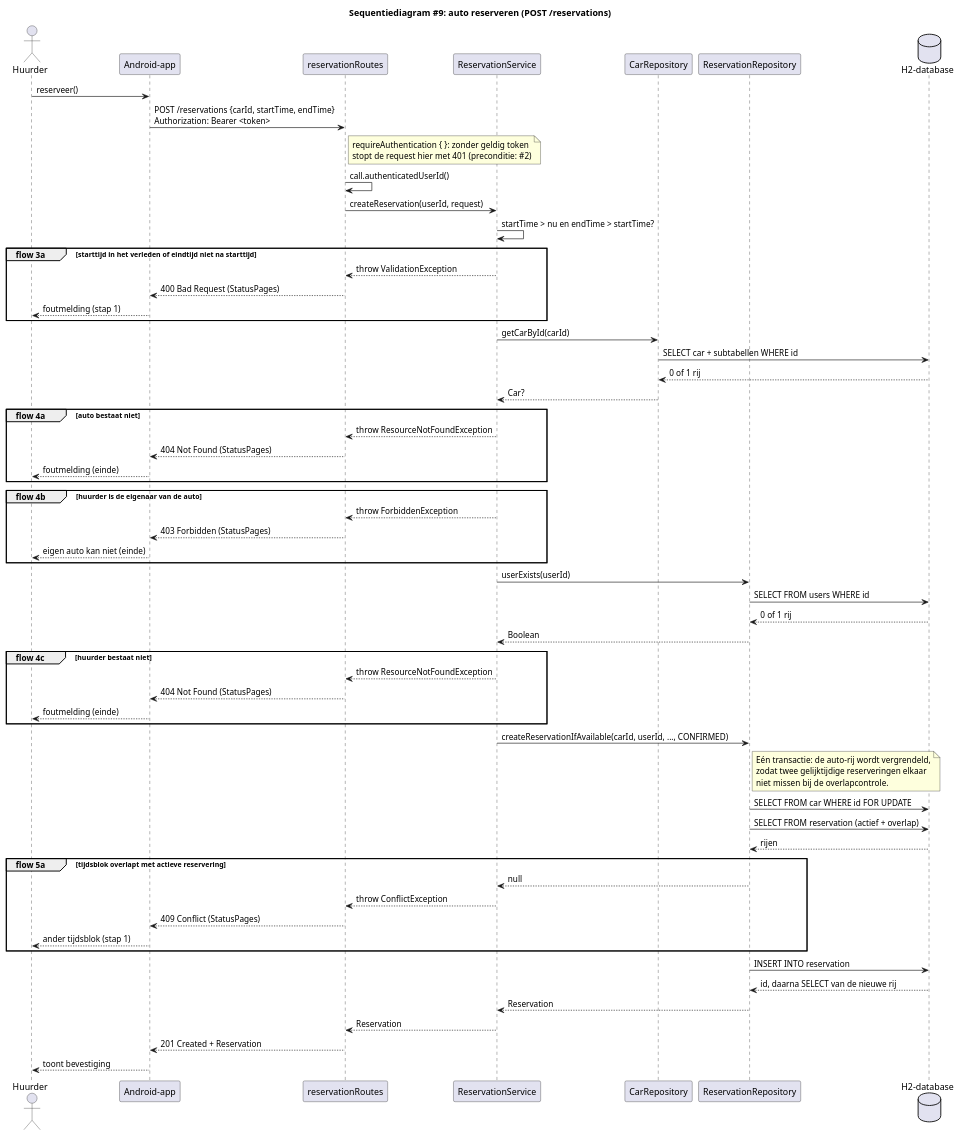
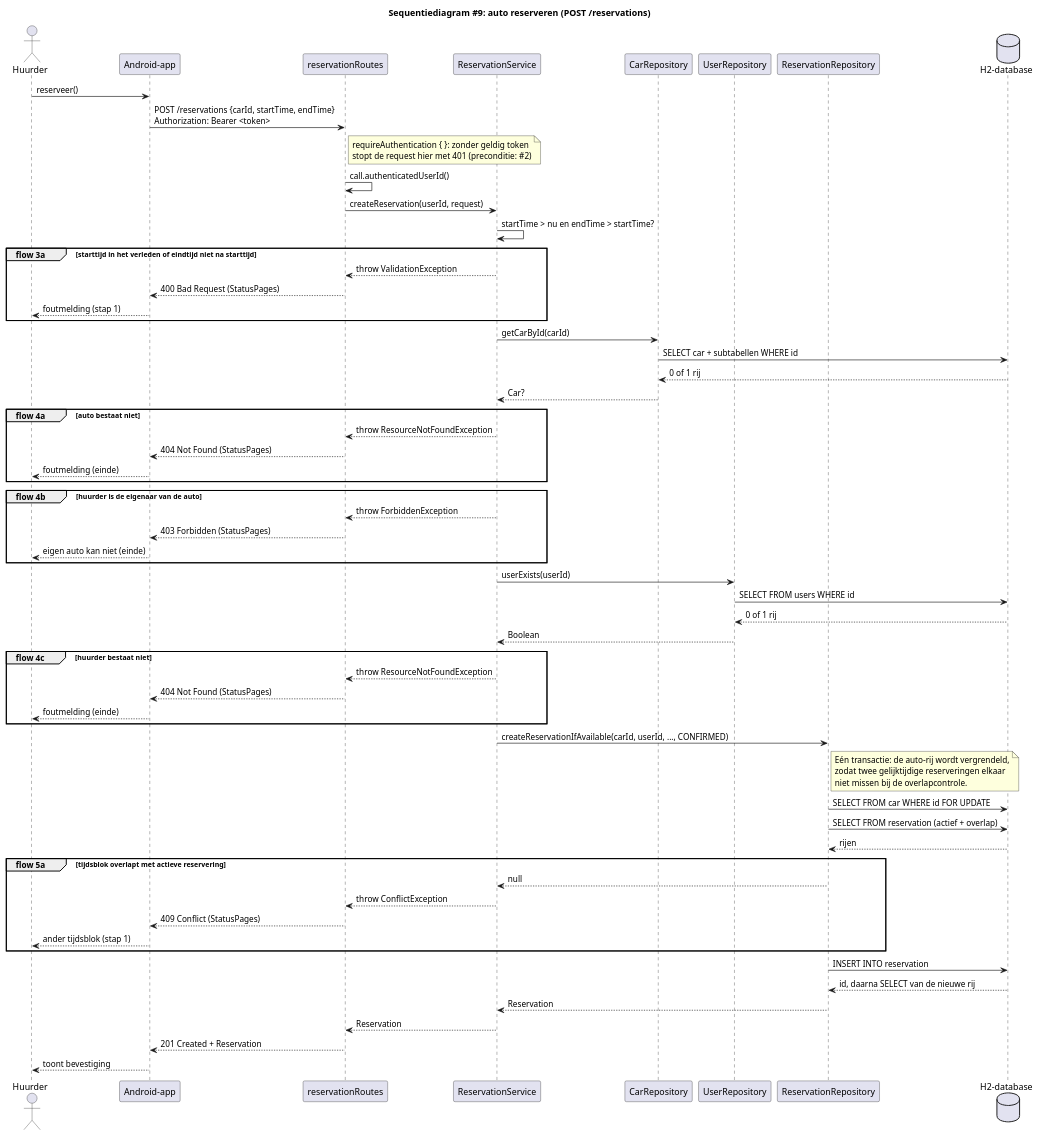
The diagram in diagrams/sequence/ReserveCar.puml (MarkPrins18/hbo-leerjaar2), drawn with PlantUML before and after one commit. The commit also changed 8 other files, not shown here.

First line of the commit message:
refactor: dubbele userExists uit ReservationRepository verwijderd

```diff
--- a/diagrams/sequence/ReserveCar.puml
+++ b/diagrams/sequence/ReserveCar.puml
@@ -1,80 +1,81 @@
 @startuml ReserveCar
 title Sequentiediagram #9: auto reserveren (POST /reservations)
 
 actor Huurder as g
 participant "Android-app" as app
 participant "reservationRoutes" as rt
 participant "ReservationService" as svc
 participant "CarRepository" as car
+participant "UserRepository" as user
 participant "ReservationRepository" as repo
 database "H2-database" as db
 
 g -> app : reserveer()
 app -> rt : POST /reservations {carId, startTime, endTime}\nAuthorization: Bearer <token>
 note right of rt
   requireAuthentication { }: zonder geldig token
   stopt de request hier met 401 (preconditie: #2)
 end note
 rt -> rt : call.authenticatedUserId()
 rt -> svc : createReservation(userId, request)
 svc -> svc : startTime > nu en endTime > startTime?
 
 group flow 3a [starttijd in het verleden of eindtijd niet na starttijd]
     svc --> rt : throw ValidationException
     rt --> app : 400 Bad Request (StatusPages)
     app --> g : foutmelding (stap 1)
 end
 
 svc -> car : getCarById(carId)
 car -> db : SELECT car + subtabellen WHERE id
 db --> car : 0 of 1 rij
 car --> svc : Car?
 
 group flow 4a [auto bestaat niet]
     svc --> rt : throw ResourceNotFoundException
     rt --> app : 404 Not Found (StatusPages)
     app --> g : foutmelding (einde)
 end
 
 group flow 4b [huurder is de eigenaar van de auto]
     svc --> rt : throw ForbiddenException
     rt --> app : 403 Forbidden (StatusPages)
     app --> g : eigen auto kan niet (einde)
 end
 
-svc -> repo : userExists(userId)
-repo -> db : SELECT FROM users WHERE id
-db --> repo : 0 of 1 rij
-repo --> svc : Boolean
+svc -> user : userExists(userId)
+user -> db : SELECT FROM users WHERE id
+db --> user : 0 of 1 rij
+user --> svc : Boolean
 
 group flow 4c [huurder bestaat niet]
     svc --> rt : throw ResourceNotFoundException
     rt --> app : 404 Not Found (StatusPages)
     app --> g : foutmelding (einde)
 end
 
 svc -> repo : createReservationIfAvailable(carId, userId, ..., CONFIRMED)
 note right of repo
   Eén transactie: de auto-rij wordt vergrendeld,
   zodat twee gelijktijdige reserveringen elkaar
   niet missen bij de overlapcontrole.
 end note
 repo -> db : SELECT FROM car WHERE id FOR UPDATE
 repo -> db : SELECT FROM reservation (actief + overlap)
 db --> repo : rijen
 
 group flow 5a [tijdsblok overlapt met actieve reservering]
     repo --> svc : null
     svc --> rt : throw ConflictException
     rt --> app : 409 Conflict (StatusPages)
     app --> g : ander tijdsblok (stap 1)
 end
 
 repo -> db : INSERT INTO reservation
 db --> repo : id, daarna SELECT van de nieuwe rij
 repo --> svc : Reservation
 svc --> rt : Reservation
 rt --> app : 201 Created + Reservation
 app --> g : toont bevestiging
 
 @enduml
```
